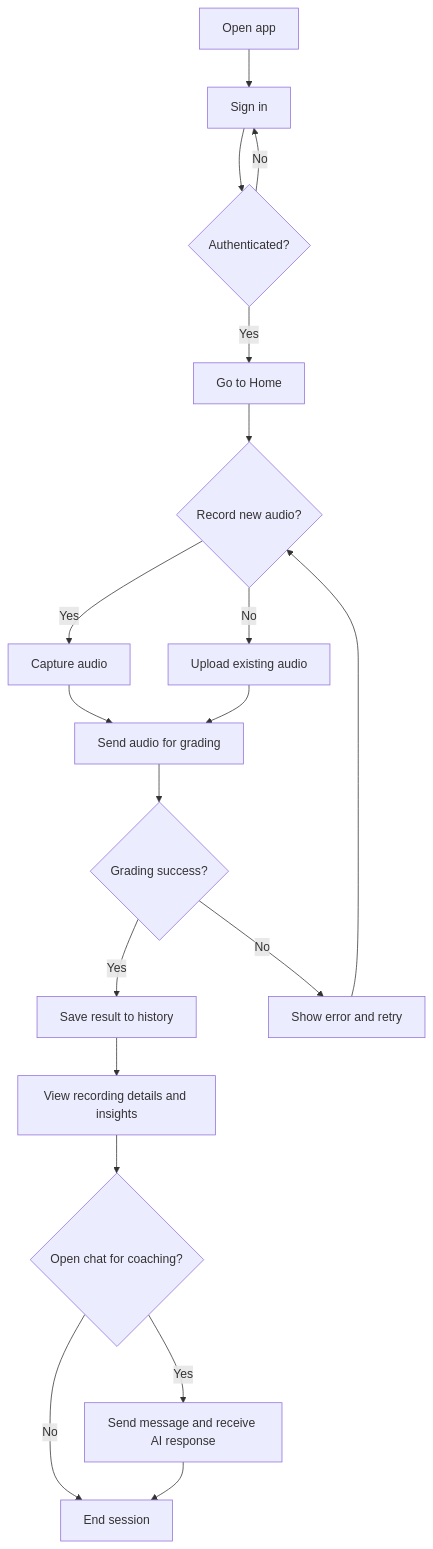
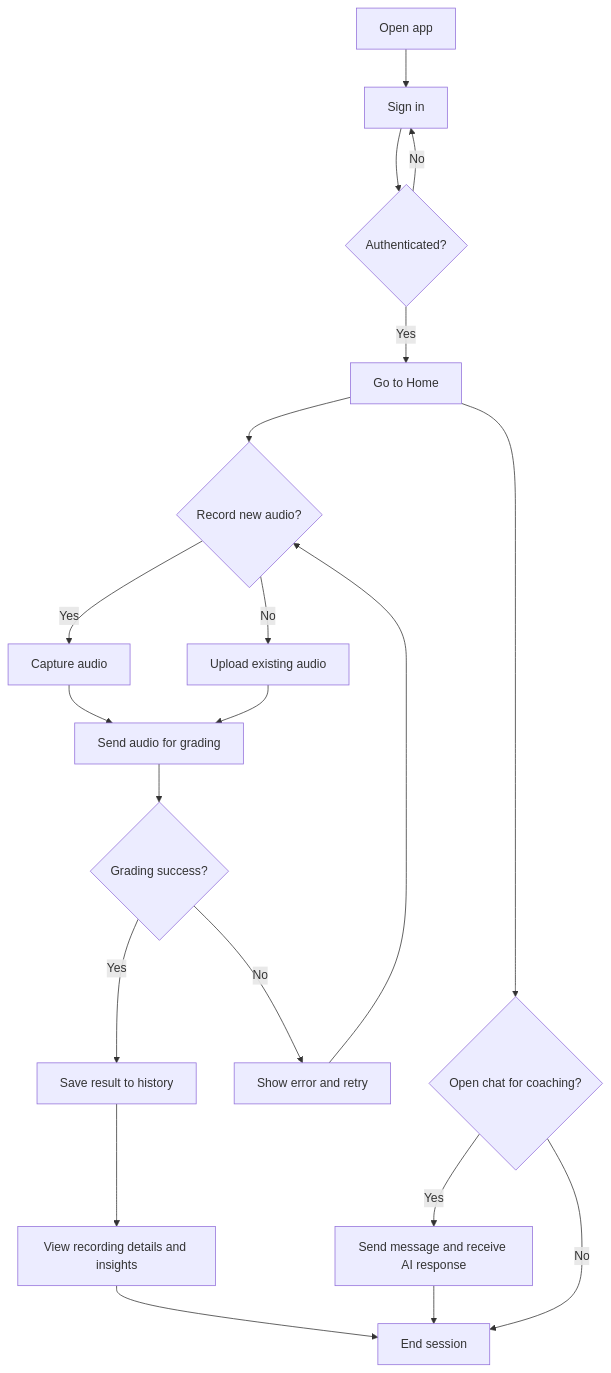
The first of 4 diagrams in docs/core-diagrams.md (d00375828/SeniorProject), drawn with Mermaid before and after one commit.

Commit message:
updated diagrams

````diff
--- a/docs/core-diagrams.md
+++ b/docs/core-diagrams.md
@@ -5,25 +5,30 @@
 ```mermaid
 flowchart TD
     A[Open app] --> B[Sign in]
     B --> C{Authenticated?}
     C -- Yes --> D[Go to Home]
     C -- No --> B
 
+    %% Two main paths from Home
     D --> E{Record new audio?}
-    E -- Yes --> F[Capture audio]
-    E -- No --> G[Upload existing audio]
+    D --> F{Open chat for coaching?}
 
-    F --> H[Send audio for grading]
-    G --> H
+    %% Recording path
+    E -- Yes --> G[Capture audio]
+    E -- No --> H[Upload existing audio]
+    G --> J[Send audio for grading]
+    H --> J
 
-    H --> I{Grading success?}
-    I -- Yes --> J[Save result to history]
-    I -- No --> K[Show error and retry]
-    K --> E
+    J --> K{Grading success?}
+    K -- Yes --> L[Save result to history]
+    K -- No --> M[Show error and retry]
+    M --> E
 
-    J --> L[View recording details and insights]
-    L --> M{Open chat for coaching?}
-    M -- Yes --> N[Send message and receive AI response]
-    M -- No --> O[End session]
-    N --> O
+    L --> N[View recording details and insights]
+    N --> O[End session]
+
+    %% Chat path
+    F -- Yes --> I[Send message and receive AI response]
+    F -- No --> O
+    I --> O
 ```
````
